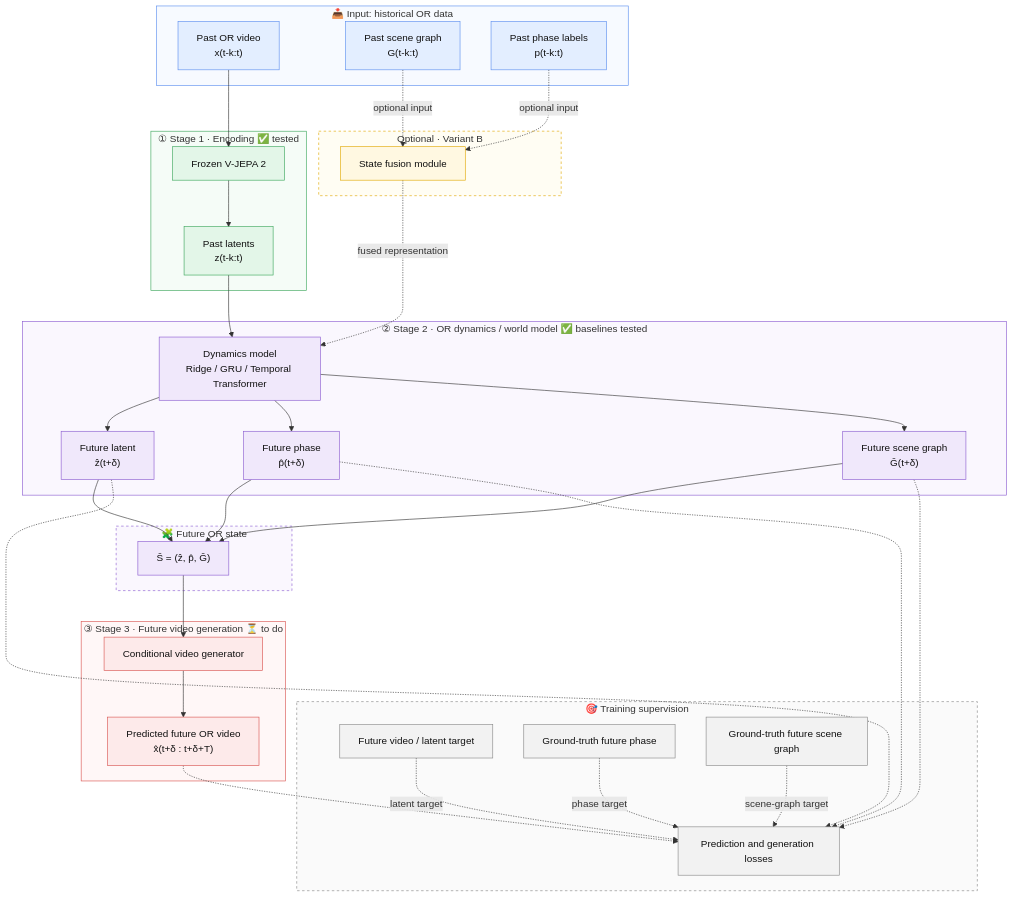
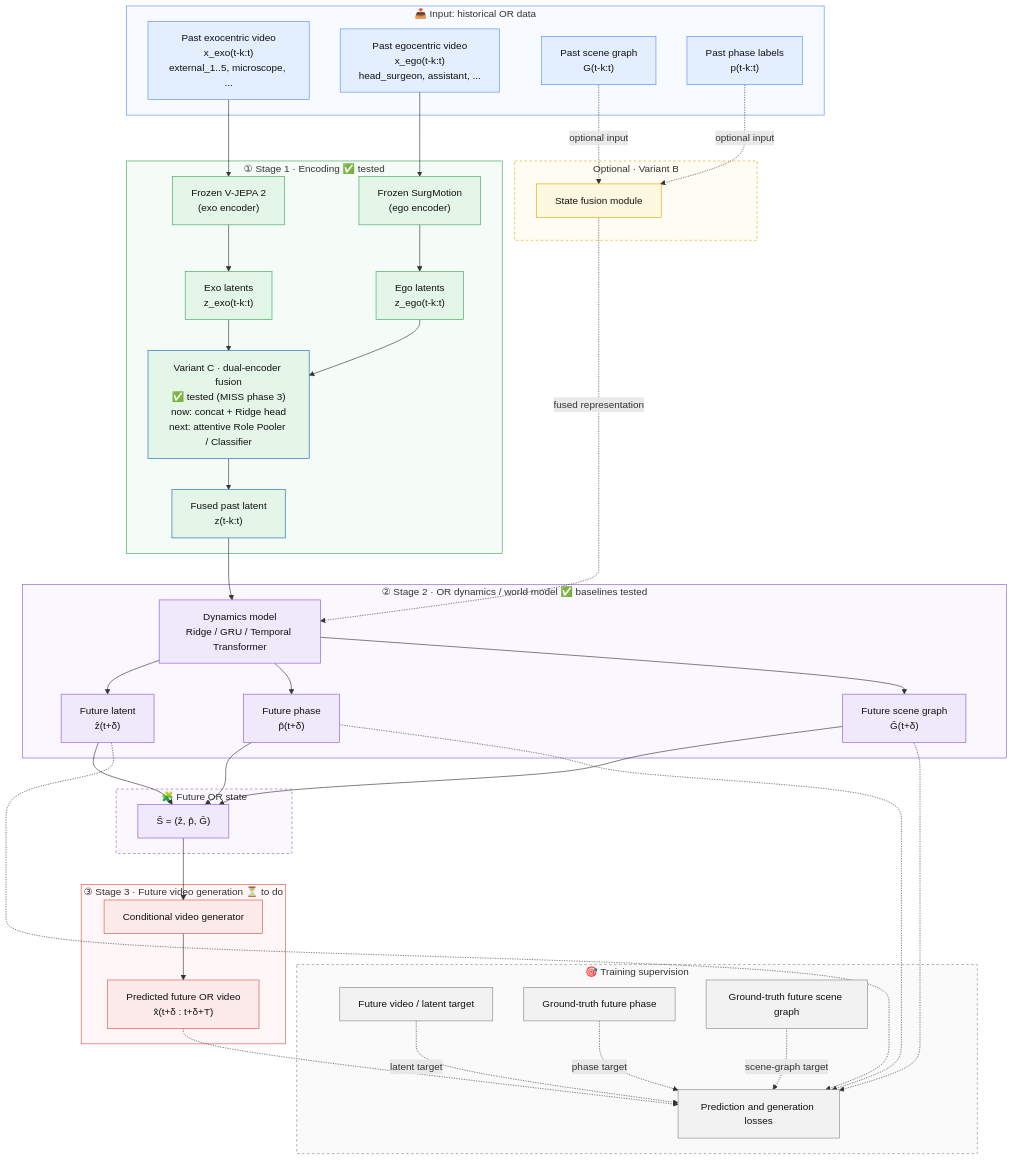
One commit to NokkTsang/WMs-in-the-OR changed the diagram in README.md. Above: the diagram before and after it, drawn with Mermaid. The commit also changed other lines of this file and 12 other files, not shown here.

Commit message:
Add MISS phase-3 dual-encoder fusion test (3-way comparison, qualitative timeline), repo structure map, metric/direction discussion; drop stale roadmap figure

````diff
--- a/README.md
+++ b/README.md
@@ -10,68 +10,77 @@
 ```mermaid
 flowchart TB
     subgraph INPUT["📥 Input: historical OR data"]
-        X["Past OR video<br/>x(t-k:t)"]
+        XEXO["Past exocentric video<br/>x_exo(t-k:t)<br/>external_1..5, microscope, ..."]
+        XEGO["Past egocentric video<br/>x_ego(t-k:t)<br/>head_surgeon, assistant, ..."]
         G["Past scene graph<br/>G(t-k:t)"]
         P["Past phase labels<br/>p(t-k:t)"]
     end
     subgraph STAGE1["① Stage 1 · Encoding  ✅ tested"]
-        E["Frozen V-JEPA 2"]
-        Z["Past latents<br/>z(t-k:t)"]
+        EEXO["Frozen V-JEPA 2<br/>(exo encoder)"]
+        EEGO["Frozen SurgMotion<br/>(ego encoder)"]
+        ZEXO["Exo latents<br/>z_exo(t-k:t)"]
+        ZEGO["Ego latents<br/>z_ego(t-k:t)"]
+        FUSE["Variant C · dual-encoder fusion<br/>✅ tested (MISS phase 3)<br/>now: concat + Ridge head<br/>next: attentive Role Pooler / Classifier"]
+        Z["Fused past latent<br/>z(t-k:t)"]
     end
     subgraph OPTIONAL["Optional · Variant B"]
         F["State fusion module"]
     end
     subgraph STAGE2["② Stage 2 · OR dynamics / world model  ✅ baselines tested"]
         D["Dynamics model<br/>Ridge / GRU / Temporal Transformer"]
         ZF["Future latent<br/>ẑ(t+δ)"]
         PF["Future phase<br/>p̂(t+δ)"]
         GF["Future scene graph<br/>Ĝ(t+δ)"]
     end
     subgraph STATE["🧩 Future OR state"]
         S["Ŝ = (ẑ, p̂, Ĝ)"]
     end
     subgraph STAGE3["③ Stage 3 · Future video generation  ⏳ to do"]
         GEN["Conditional video generator"]
         XF["Predicted future OR video<br/>x̂(t+δ : t+δ+T)"]
     end
     subgraph TRAIN["🎯 Training supervision"]
         GTZ["Future video / latent target"]
         GTP["Ground-truth future phase"]
         GTG["Ground-truth future scene graph"]
         L["Prediction and generation losses"]
     end
 
-    X --> E --> Z --> D
+    XEXO --> EEXO --> ZEXO --> FUSE
+    XEGO --> EEGO --> ZEGO --> FUSE
+    FUSE --> Z --> D
     D --> ZF & PF & GF
     ZF & PF & GF --> S
     S --> GEN --> XF
 
     G -. "optional input" .-> F
     P -. "optional input" .-> F
     F -. "fused representation" .-> D
 
     ZF & PF & GF & XF -.-> L
     GTZ -. "latent target" .-> L
     GTP -. "phase target" .-> L
     GTG -. "scene-graph target" .-> L
 
     classDef inp fill:#e3eeff,stroke:#5b8def,color:#111
     classDef enc fill:#e3f6e8,stroke:#3aa65b,color:#111
+    classDef fuse fill:#e3f6e8,stroke:#1565c0,color:#111
     classDef dyn fill:#f0e8fb,stroke:#8a5bd0,color:#111
     classDef gen fill:#fdeaea,stroke:#d9534f,color:#111
     classDef opt fill:#fff8e1,stroke:#e0a800,color:#111
     classDef sup fill:#f2f2f2,stroke:#888,color:#111
-    class X,G,P inp
-    class E,Z enc
+    class XEXO,XEGO,G,P inp
+    class EEXO,EEGO,ZEXO,ZEGO enc
+    class FUSE,Z fuse
     class D,ZF,PF,GF,S dyn
     class GEN,XF gen
     class F opt
     class GTZ,GTP,GTG,L sup
     style INPUT fill:#f7faff,stroke:#5b8def
     style STAGE1 fill:#f5fcf7,stroke:#3aa65b
     style STAGE2 fill:#faf7fe,stroke:#8a5bd0
     style STATE fill:#faf7fe,stroke:#8a5bd0,stroke-dasharray: 4
     style STAGE3 fill:#fff7f7,stroke:#d9534f
     style OPTIONAL fill:#fffdf3,stroke:#e0a800,stroke-dasharray: 4
     style TRAIN fill:#fafafa,stroke:#888,stroke-dasharray: 4
 ```
````
